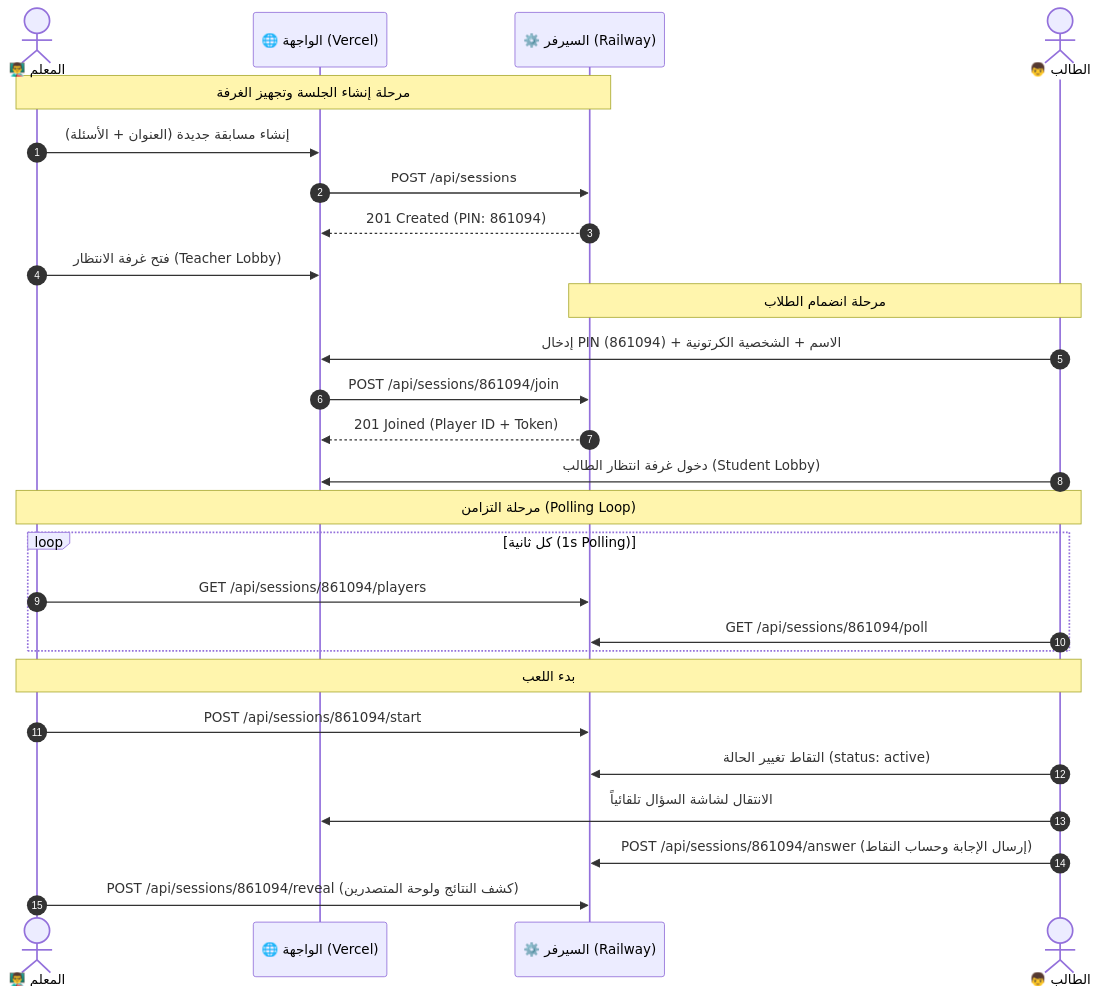
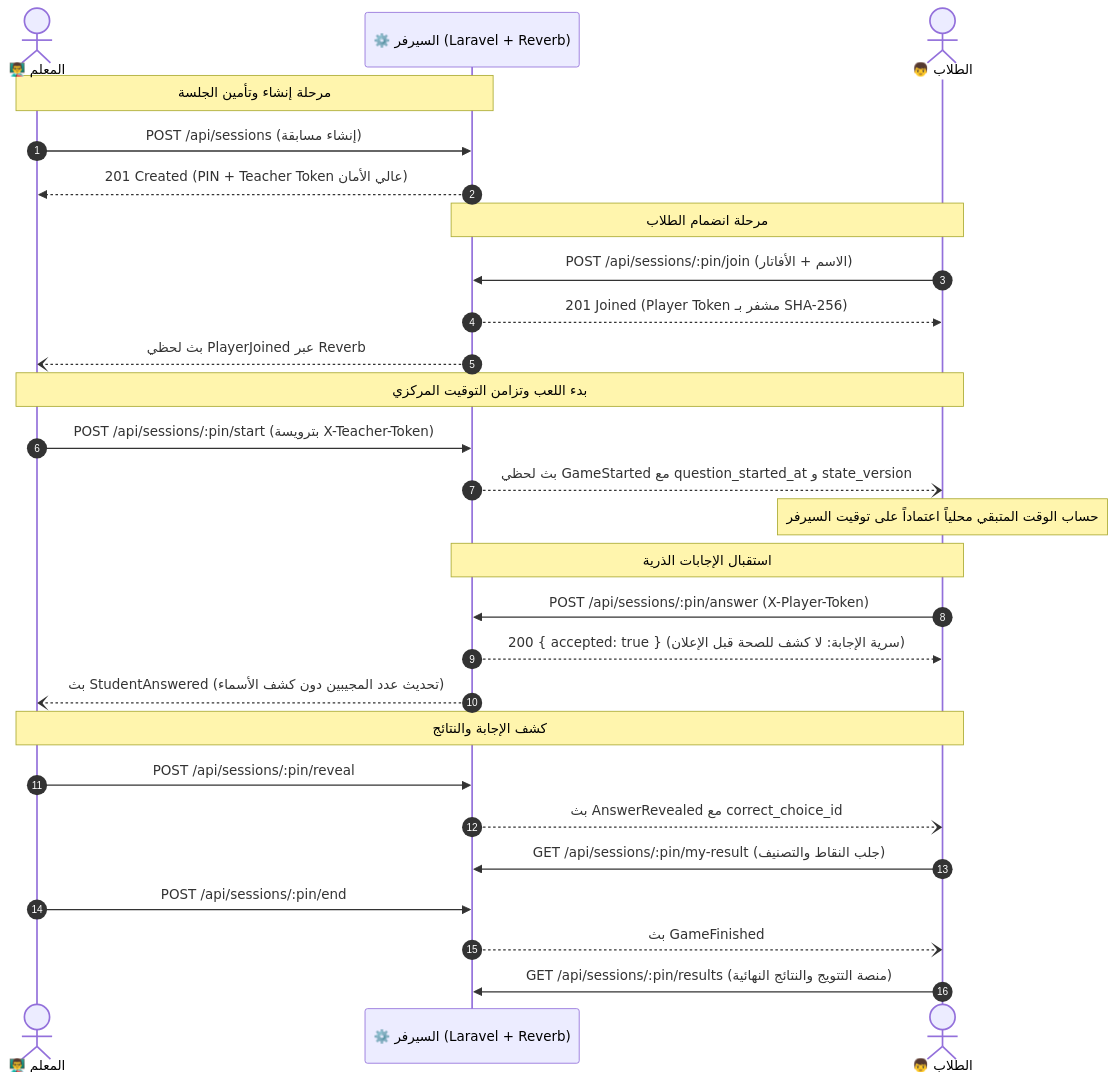
The second of 4 diagrams in ARCHITECTURE.md (omarmaaahmoud/game), drawn with Mermaid before and after one commit. The commit also changed other lines of this file, not shown here.

Commit message:
docs: update ARCHITECTURE.md with real-time websocket, timer sync, and security hardening

````diff
--- a/ARCHITECTURE.md
+++ b/ARCHITECTURE.md
@@ -70,33 +70,34 @@
 ```mermaid
 sequenceDiagram
     autonumber
     actor Teacher as 👨‍🏫 المعلم
-    participant Vercel as 🌐 الواجهة (Vercel)
-    participant Railway as ⚙️ السيرفر (Railway)
-    actor Student as 👦 الطالب
+    participant Server as ⚙️ السيرفر (Laravel + Reverb)
+    actor Student as 👦 الطلاب
 
-    Note over Teacher,Railway: مرحلة إنشاء الجلسة وتجهيز الغرفة
-    Teacher->>Vercel: إنشاء مسابقة جديدة (العنوان + الأسئلة)
-    Vercel->>Railway: POST /api/sessions
-    Railway-->>Vercel: 201 Created (PIN: 861094)
-    Teacher->>Vercel: فتح غرفة الانتظار (Teacher Lobby)
+    Note over Teacher,Server: مرحلة إنشاء وتأمين الجلسة
+    Teacher->>Server: POST /api/sessions (إنشاء مسابقة)
+    Server-->>Teacher: 201 Created (PIN + Teacher Token عالي الأمان)
     
-    Note over Student,Railway: مرحلة انضمام الطلاب
-    Student->>Vercel: إدخال PIN (861094) + الاسم + الشخصية الكرتونية
-    Vercel->>Railway: POST /api/sessions/861094/join
-    Railway-->>Vercel: 201 Joined (Player ID + Token)
-    Student->>Vercel: دخول غرفة انتظار الطالب (Student Lobby)
+    Note over Student,Server: مرحلة انضمام الطلاب
+    Student->>Server: POST /api/sessions/:pin/join (الاسم + الأفاتار)
+    Server-->>Student: 201 Joined (Player Token مشفر بـ SHA-256)
+    Server--)Teacher: بث لحظي PlayerJoined عبر Reverb
 
-    Note over Teacher,Student: مرحلة التزامن (Polling Loop)
-    loop كل ثانية (1s Polling)
-        Teacher->>Railway: GET /api/sessions/861094/players
-        Student->>Railway: GET /api/sessions/861094/poll
-    end
+    Note over Teacher,Student: بدء اللعب وتزامن التوقيت المركزي
+    Teacher->>Server: POST /api/sessions/:pin/start (بترويسة X-Teacher-Token)
+    Server--)Student: بث لحظي GameStarted مع question_started_at و state_version
+    Note over Student: حساب الوقت المتبقي محلياً اعتماداً على توقيت السيرفر
 
-    Note over Teacher,Student: بدء اللعب
-    Teacher->>Railway: POST /api/sessions/861094/start
-    Student->>Railway: التقاط تغيير الحالة (status: active)
-    Student->>Vercel: الانتقال لشاشة السؤال تلقائياً
-    Student->>Railway: POST /api/sessions/861094/answer (إرسال الإجابة وحساب النقاط)
-    Teacher->>Railway: POST /api/sessions/861094/reveal (كشف النتائج ولوحة المتصدرين)
+    Note over Student,Server: استقبال الإجابات الذرية
+    Student->>Server: POST /api/sessions/:pin/answer (X-Player-Token)
+    Server-->>Student: 200 { accepted: true } (سرية الإجابة: لا كشف للصحة قبل الإعلان)
+    Server--)Teacher: بث StudentAnswered (تحديث عدد المجيبين دون كشف الأسماء)
+
+    Note over Teacher,Student: كشف الإجابة والنتائج
+    Teacher->>Server: POST /api/sessions/:pin/reveal
+    Server--)Student: بث AnswerRevealed مع correct_choice_id
+    Student->>Server: GET /api/sessions/:pin/my-result (جلب النقاط والتصنيف)
+    Teacher->>Server: POST /api/sessions/:pin/end
+    Server--)Student: بث GameFinished
+    Student->>Server: GET /api/sessions/:pin/results (منصة التتويج والنتائج النهائية)
 ```
````
